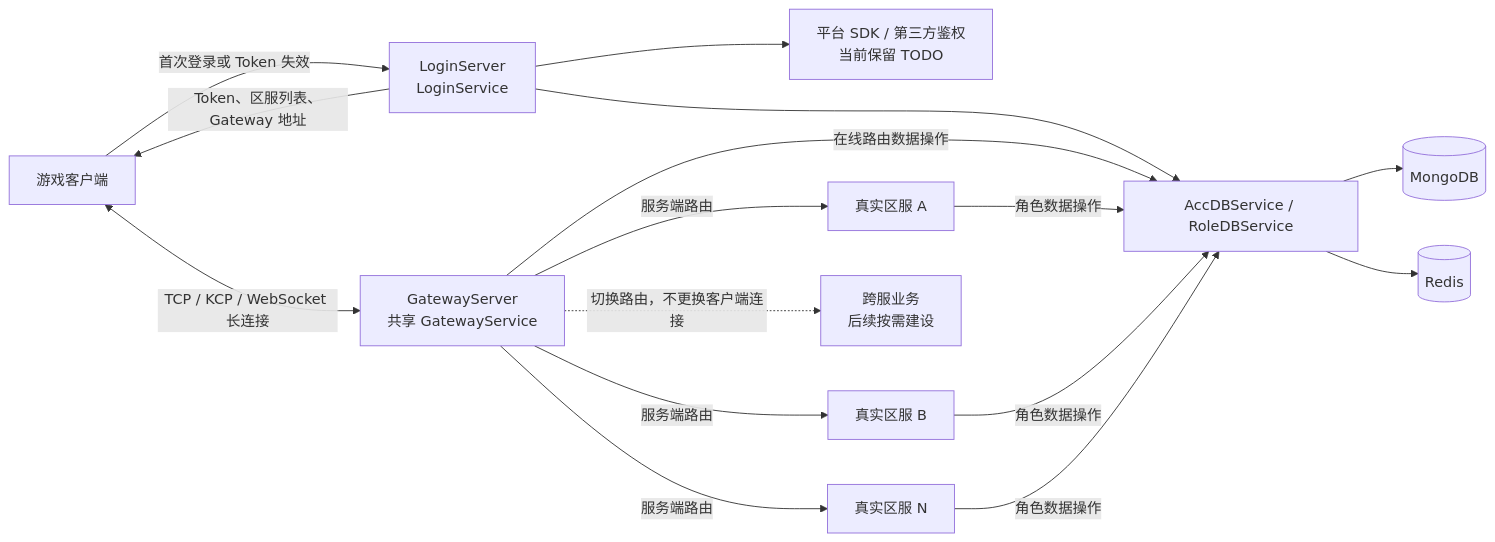
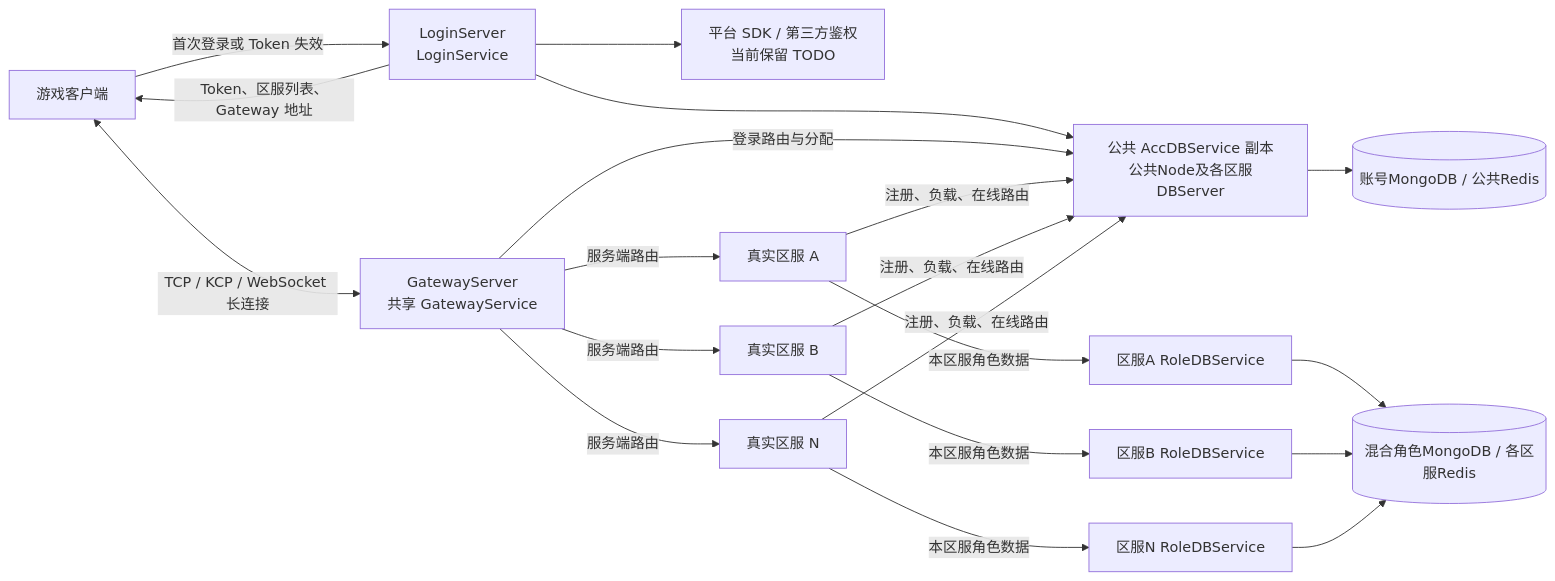
One commit to duanhf2012/origingame changed the diagram in docs/design/总体架构设计.md. Above: the diagram before and after it, drawn with Mermaid. The commit also changed other lines of this file and 22 other files, not shown here.

Commit message:
docs: finalize login flow architecture baseline

````diff
--- a/docs/design/总体架构设计.md
+++ b/docs/design/总体架构设计.md
@@ -32,30 +35,36 @@
 ```mermaid
 flowchart LR
     Client["游戏客户端"]
     Login["LoginServer<br/>LoginService"]
     Platform["平台 SDK / 第三方鉴权<br/>当前保留 TODO"]
-    DB["AccDBService / RoleDBService"]
-    Mongo[("MongoDB")]
-    Redis[("Redis")]
+    AccDB["公共 AccDBService 副本<br/>公共Node及各区服DBServer"]
+    AccStore[("账号MongoDB / 公共Redis")]
+    RoleDBA["区服A RoleDBService"]
+    RoleDBB["区服B RoleDBService"]
+    RoleDBN["区服N RoleDBService"]
+    RoleStore[("混合角色MongoDB / 各区服Redis")]
     Gateway["GatewayServer<br/>共享 GatewayService"]
     AreaA["真实区服 A"]
     AreaB["真实区服 B"]
     AreaN["真实区服 N"]
-    Cross["跨服业务<br/>后续按需建设"]
 
     Client -->|"首次登录或 Token 失效"| Login
     Login --> Platform
-    Login --> DB
-    DB --> Mongo
-    DB --> Redis
+    Login --> AccDB
+    AccDB --> AccStore
     Login -->|"Token、区服列表、Gateway 地址"| Client
     Client <-->|"TCP / KCP / WebSocket 长连接"| Gateway
-    Gateway -->|"在线路由数据操作"| DB
+    Gateway -->|"登录路由与分配"| AccDB
     Gateway -->|"服务端路由"| AreaA
     Gateway -->|"服务端路由"| AreaB
     Gateway -->|"服务端路由"| AreaN
-    AreaA -->|"角色数据操作"| DB
-    AreaB -->|"角色数据操作"| DB
-    AreaN -->|"角色数据操作"| DB
-    Gateway -.->|"切换路由，不更换客户端连接"| Cross
+    AreaA -->|"注册、负载、在线路由"| AccDB
+    AreaB -->|"注册、负载、在线路由"| AccDB
+    AreaN -->|"注册、负载、在线路由"| AccDB
+    AreaA -->|"本区服角色数据"| RoleDBA
+    AreaB -->|"本区服角色数据"| RoleDBB
+    AreaN -->|"本区服角色数据"| RoleDBN
+    RoleDBA --> RoleStore
+    RoleDBB --> RoleStore
+    RoleDBN --> RoleStore
 ```
````
